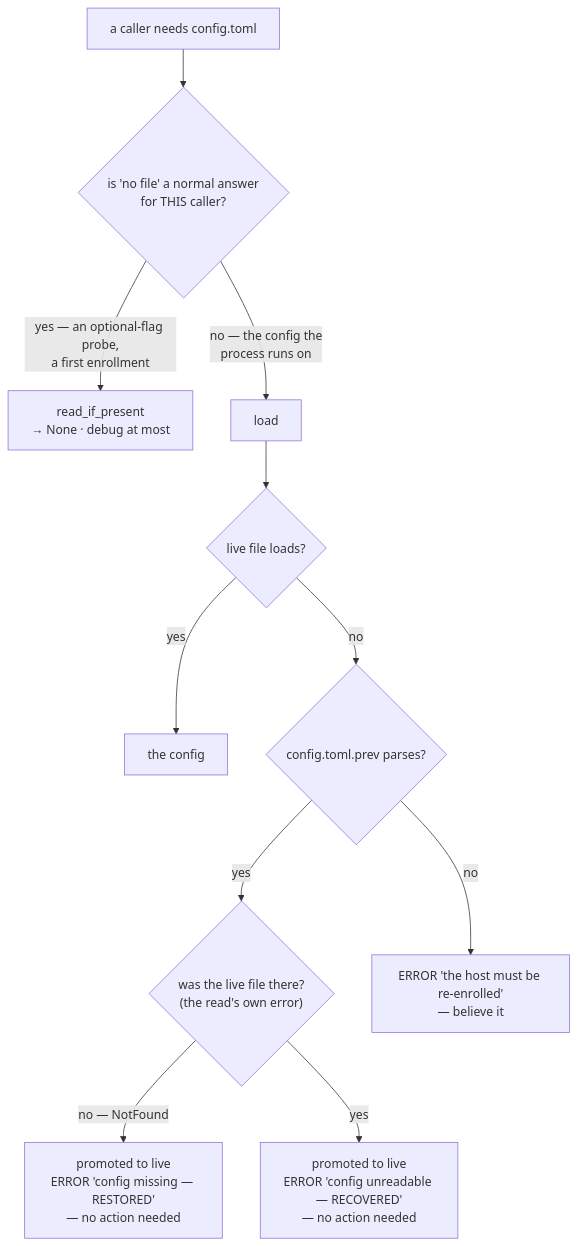
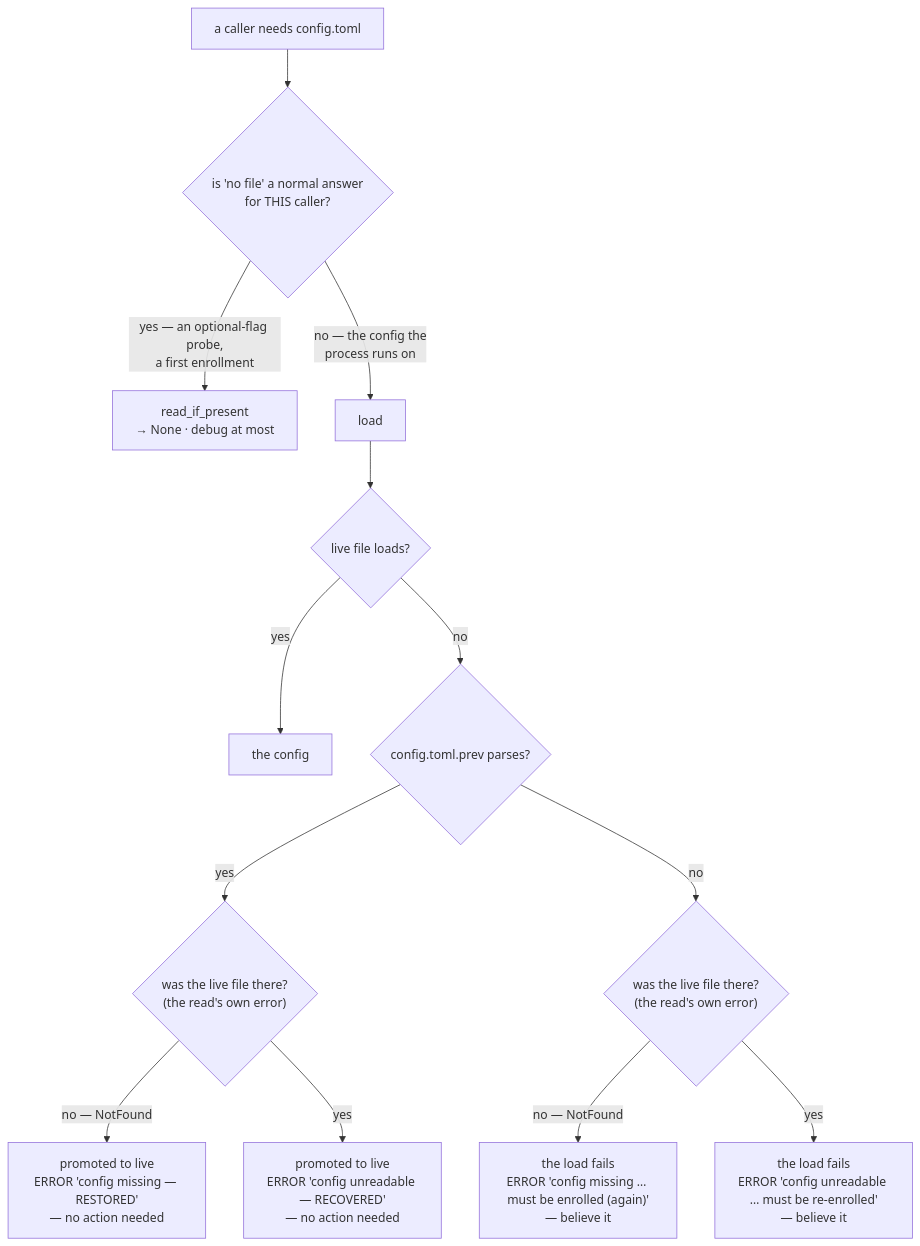
The sixth of 24 diagrams in docs/installation.md (gjovanov/roomler-ai), drawn with Mermaid before and after one commit. The commit also changed other lines of this file and 11 other files, not shown here.

````diff
--- a/docs/installation.md
+++ b/docs/installation.md
@@ -582,13 +582,15 @@
 ```mermaid
 flowchart TD
     Q["a caller needs config.toml"] --> A{"is 'no file' a normal answer<br/>for THIS caller?"}
     A -->|"yes — an optional-flag probe,<br/>a first enrollment"| P["read_if_present<br/>→ None · debug at most"]
     A -->|"no — the config the<br/>process runs on"| L["load"]
     L --> T{"live file loads?"}
     T -->|"yes"| OK["the config"]
     T -->|"no"| V{"config.toml.prev parses?"}
     V -->|"yes"| W{"was the live file there?<br/>(the read's own error)"}
     W -->|"no — NotFound"| RM["promoted to live<br/>ERROR 'config missing — RESTORED'<br/>— no action needed"]
     W -->|"yes"| R["promoted to live<br/>ERROR 'config unreadable — RECOVERED'<br/>— no action needed"]
-    V -->|"no"| E["ERROR 'the host must be re-enrolled'<br/>— believe it"]
+    V -->|"no"| X{"was the live file there?<br/>(the read's own error)"}
+    X -->|"no — NotFound"| EM["the load fails<br/>ERROR 'config missing … must be enrolled (again)'<br/>— believe it"]
+    X -->|"yes"| E["the load fails<br/>ERROR 'config unreadable … must be re-enrolled'<br/>— believe it"]
 ```
````
